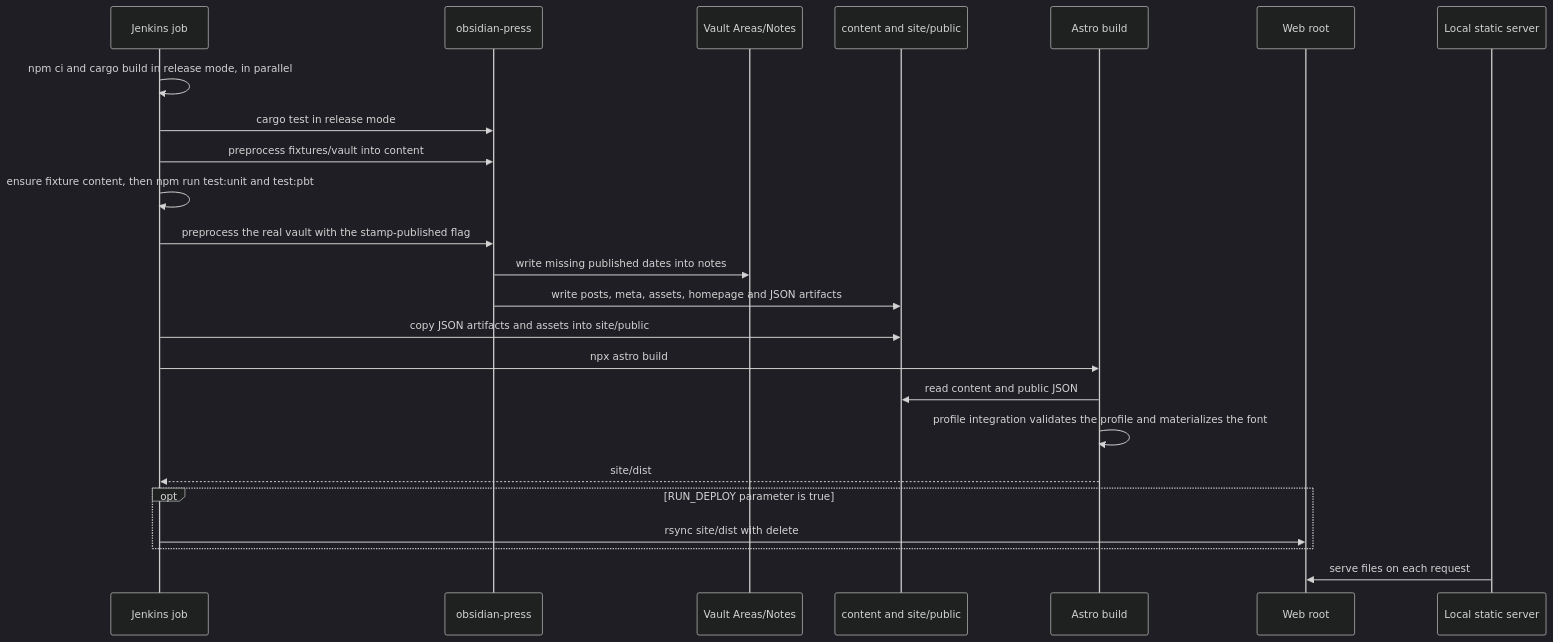
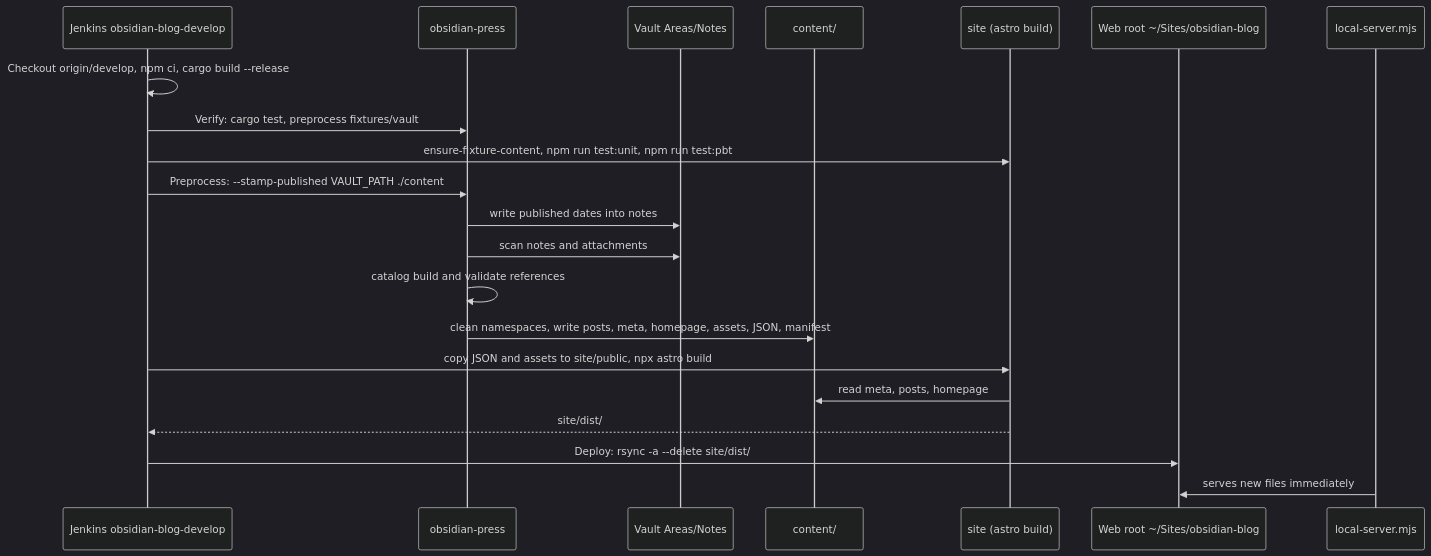
The second of 5 diagrams in aidlc/spaces/default/codekb/obsidian-blog/architecture.md (revenantonthemission/obsidian-custom-publish), drawn with Mermaid (dark theme) before and after one commit. The commit also changed other lines of this file and 223 other files, not shown here.

````diff
--- a/aidlc/spaces/default/codekb/obsidian-blog/architecture.md
+++ b/aidlc/spaces/default/codekb/obsidian-blog/architecture.md
@@ -198,26 +111,23 @@
 ```mermaid
 sequenceDiagram
-  participant J as Jenkins job
+  participant J as Jenkins obsidian-blog-develop
   participant P as obsidian-press
   participant V as Vault Areas/Notes
-  participant F as content and site/public
-  participant A as Astro build
-  participant W as Web root
-  participant S as Local static server
-  J->>J: npm ci and cargo build in release mode, in parallel
-  J->>P: cargo test in release mode
-  J->>P: preprocess fixtures/vault into content
-  J->>J: ensure fixture content, then npm run test:unit and test:pbt
-  J->>P: preprocess the real vault with the stamp-published flag
-  P->>V: write missing published dates into notes
-  P->>F: write posts, meta, assets, homepage and JSON artifacts
-  J->>F: copy JSON artifacts and assets into site/public
-  J->>A: npx astro build
-  A->>F: read content and public JSON
-  A->>A: profile integration validates the profile and materializes the font
-  A-->>J: site/dist
-  opt RUN_DEPLOY parameter is true
-    J->>W: rsync site/dist with delete
-  end
-  S->>W: serve files on each request
+  participant C as content/
+  participant S as site (astro build)
+  participant W as Web root ~/Sites/obsidian-blog
+  participant L as local-server.mjs
+  J->>J: Checkout origin/develop, npm ci, cargo build --release
+  J->>P: Verify: cargo test, preprocess fixtures/vault
+  J->>S: ensure-fixture-content, npm run test:unit, npm run test:pbt
+  J->>P: Preprocess: --stamp-published VAULT_PATH ./content
+  P->>V: write published dates into notes
+  P->>V: scan notes and attachments
+  P->>P: catalog build and validate references
+  P->>C: clean namespaces, write posts, meta, homepage, assets, JSON, manifest
+  J->>S: copy JSON and assets to site/public, npx astro build
+  S->>C: read meta, posts, homepage
+  S-->>J: site/dist/
+  J->>W: Deploy: rsync -a --delete site/dist/
+  L->>W: serves new files immediately
 ```
````
